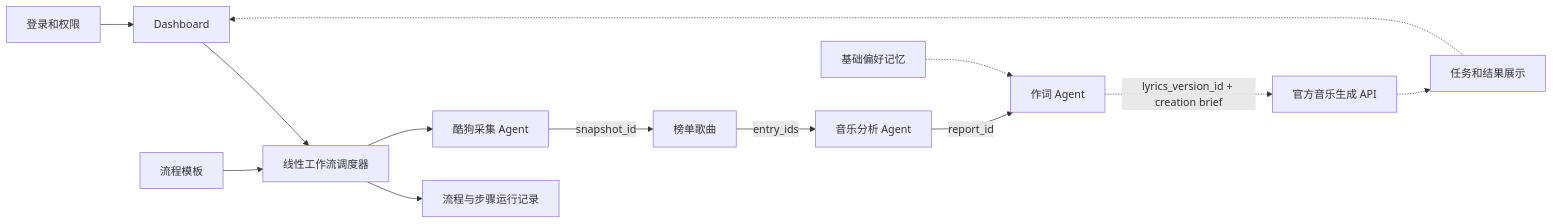
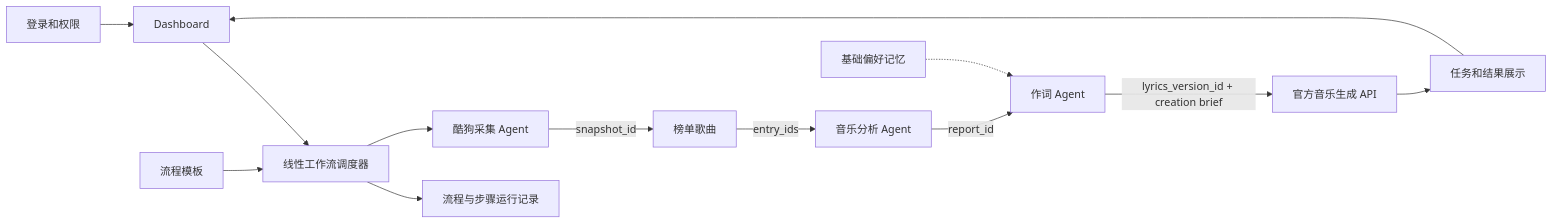
Before and after one commit to sunjiaxing520/SunJX: the tenth of 10 diagrams in projects/blue-music-platform/项目知识图谱.md, drawn with Mermaid. The commit also changed other lines of this file and 42 other files, not shown here.

````diff
--- a/projects/blue-music-platform/项目知识图谱.md
+++ b/projects/blue-music-platform/项目知识图谱.md
@@ -238,27 +236,27 @@
 ```mermaid
 flowchart LR
     Login["登录和权限"]
     Dashboard["Dashboard"]
     Workflow["线性工作流调度器"]
     Template["流程模板"]
     Run["流程与步骤运行记录"]
     Crawler["酷狗采集 Agent"]
     Songs["榜单歌曲"]
     Analysis["音乐分析 Agent"]
     Lyrics["作词 Agent"]
     Memory["基础偏好记忆"]
     MusicProvider["官方音乐生成 API"]
     Results["任务和结果展示"]
 
     Login --> Dashboard
     Dashboard --> Workflow
     Template --> Workflow --> Run
     Workflow --> Crawler
     Crawler -->|snapshot_id| Songs
     Songs -->|entry_ids| Analysis
     Analysis -->|report_id| Lyrics
     Memory -.-> Lyrics
-    Lyrics -.->|lyrics_version_id + creation brief| MusicProvider
-    MusicProvider -.-> Results
-    Results -.-> Dashboard
+    Lyrics -->|lyrics_version_id + creation brief| MusicProvider
+    MusicProvider --> Results
+    Results --> Dashboard
 ```
````
